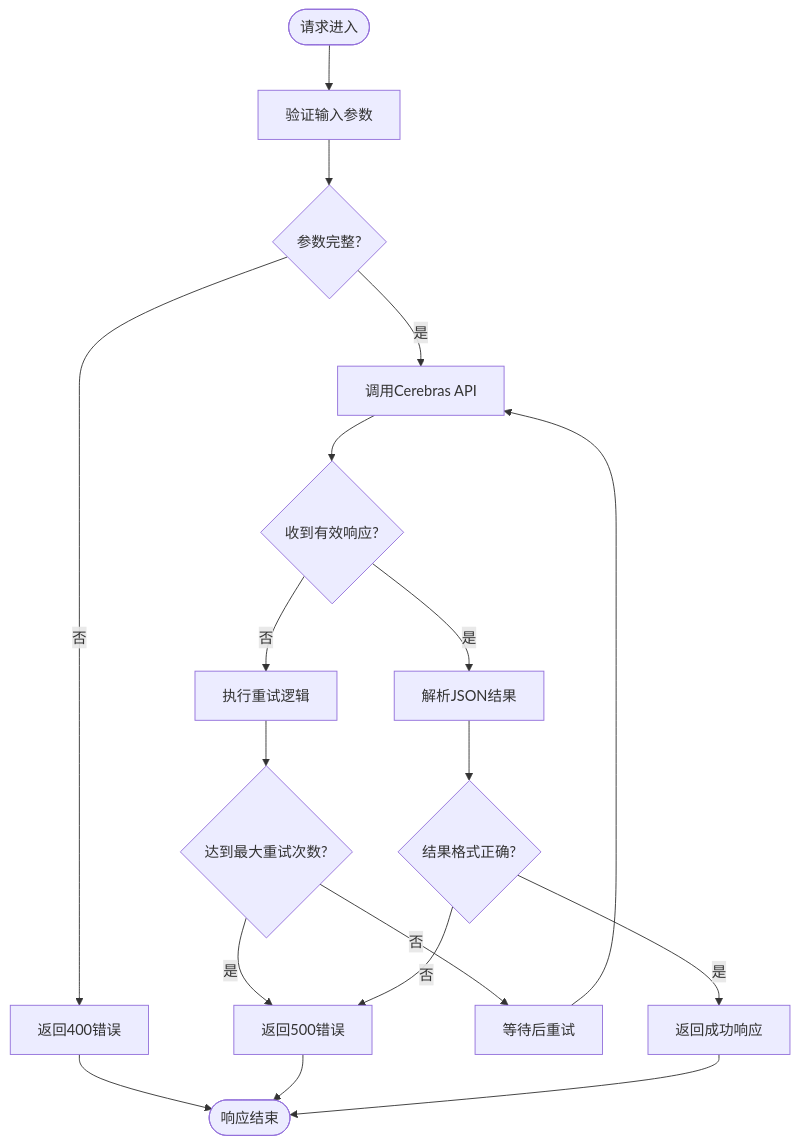
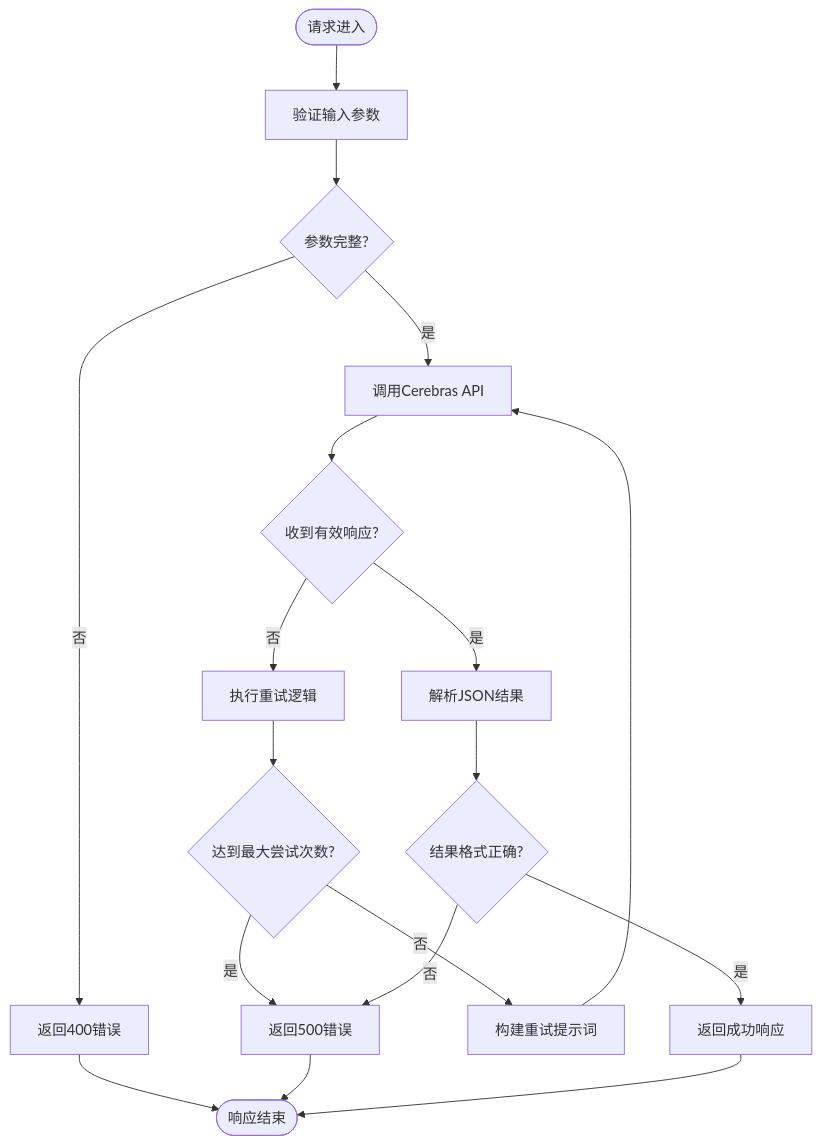
Before and after one commit to arthurlee116/english-listening-trainer: the second of 3 diagrams in .qoder/repowiki/zh/content/后端API接口/AI内容生成API/主题生成API.md, drawn with Mermaid. The commit also changed other lines of this file and 58 other files, not shown here.

````diff
--- a/.qoder/repowiki/zh/content/后端API接口/AI内容生成API/主题生成API.md
+++ b/.qoder/repowiki/zh/content/后端API接口/AI内容生成API/主题生成API.md
@@ -106,20 +117,20 @@
 ```mermaid
 flowchart TD
 Start([请求进入]) --> ValidateInput["验证输入参数"]
 ValidateInput --> InputValid{"参数完整?"}
 InputValid --> |否| Return400["返回400错误"]
 InputValid --> |是| CallAI["调用Cerebras API"]
 CallAI --> AIResponse{"收到有效响应?"}
 AIResponse --> |否| RetryLogic["执行重试逻辑"]
-RetryLogic --> MaxRetries{"达到最大重试次数?"}
-MaxRetries --> |是| Return500["返回500错误"]
-MaxRetries --> |否| Delay["等待后重试"]
-Delay --> CallAI
+RetryLogic --> MaxAttempts{"达到最大尝试次数?"}
+MaxAttempts --> |是| Return500["返回500错误"]
+MaxAttempts --> |否| BuildRetryPrompt["构建重试提示词"]
+BuildRetryPrompt --> CallAI
 AIResponse --> |是| ParseResult["解析JSON结果"]
 ParseResult --> ResultValid{"结果格式正确?"}
 ResultValid --> |否| Return500
 ResultValid --> |是| ReturnSuccess["返回成功响应"]
 Return400 --> End([响应结束])
 Return500 --> End
 ReturnSuccess --> End
 ```
````
